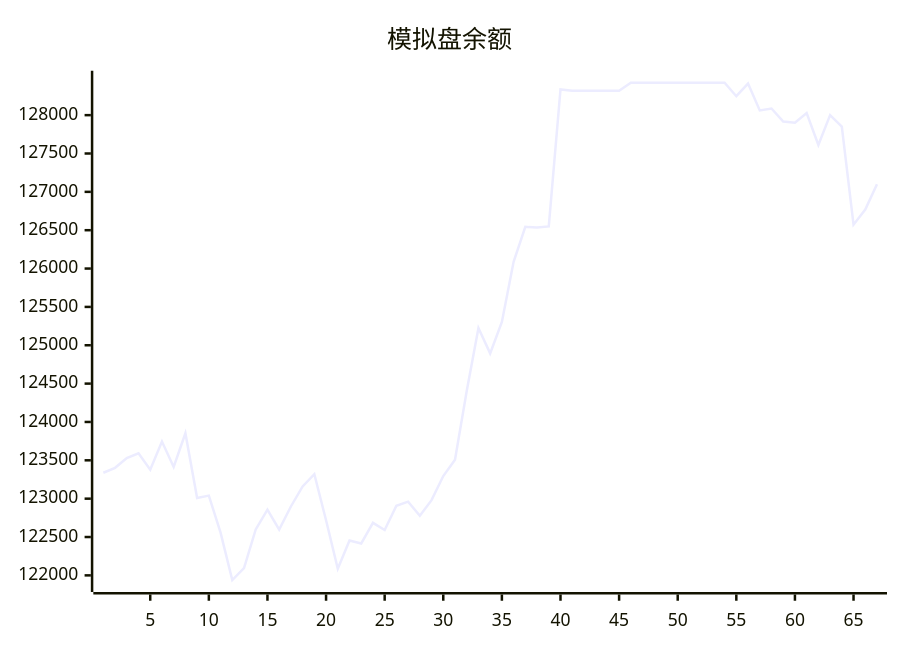
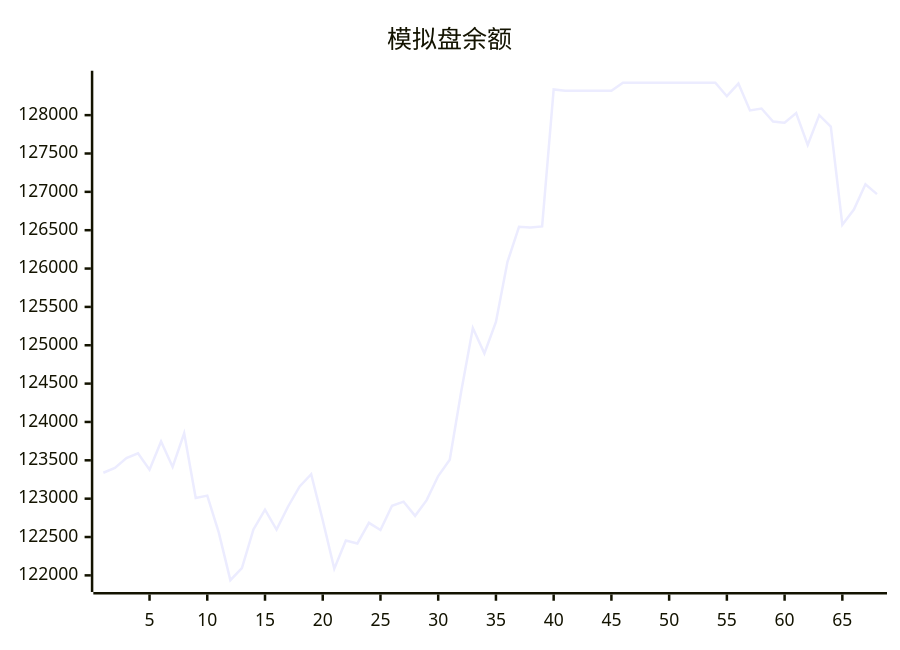
Before and after one commit to aahl/mcp-aktools: the diagram in trading/README.md, drawn with Mermaid. The commit also changed other lines of this file and 1 other file, not shown here.

````diff
--- a/trading/README.md
+++ b/trading/README.md
@@ -3,5 +3,5 @@
 ```mermaid
 xychart
     title "模拟盘余额"
-    line [123338,123402,123530,123592,123378,123745,123413,123853,123009,123040,122557,121938,122095,122599,122856,122597,122898,123160,123319,122719,122087,122454,122416,122685,122592,122907,122961,122776,122981,123295,123507,124403,125224,124894,125303,126088,126544,126534,126549,128335,128318,128318,128318,128318,128318,128424,128424,128424,128424,128424,128424,128424,128424,128424,128247,128412,128062,128087,127917,127901,128026,127611,128000,127850,126572,126770,127100]
+    line [123338,123402,123530,123592,123378,123745,123413,123853,123009,123040,122557,121938,122095,122599,122856,122597,122898,123160,123319,122719,122087,122454,122416,122685,122592,122907,122961,122776,122981,123295,123507,124403,125224,124894,125303,126088,126544,126534,126549,128335,128318,128318,128318,128318,128318,128424,128424,128424,128424,128424,128424,128424,128424,128424,128247,128412,128062,128087,127917,127901,128026,127611,128000,127850,126572,126770,127100,126971]
 ```
````
